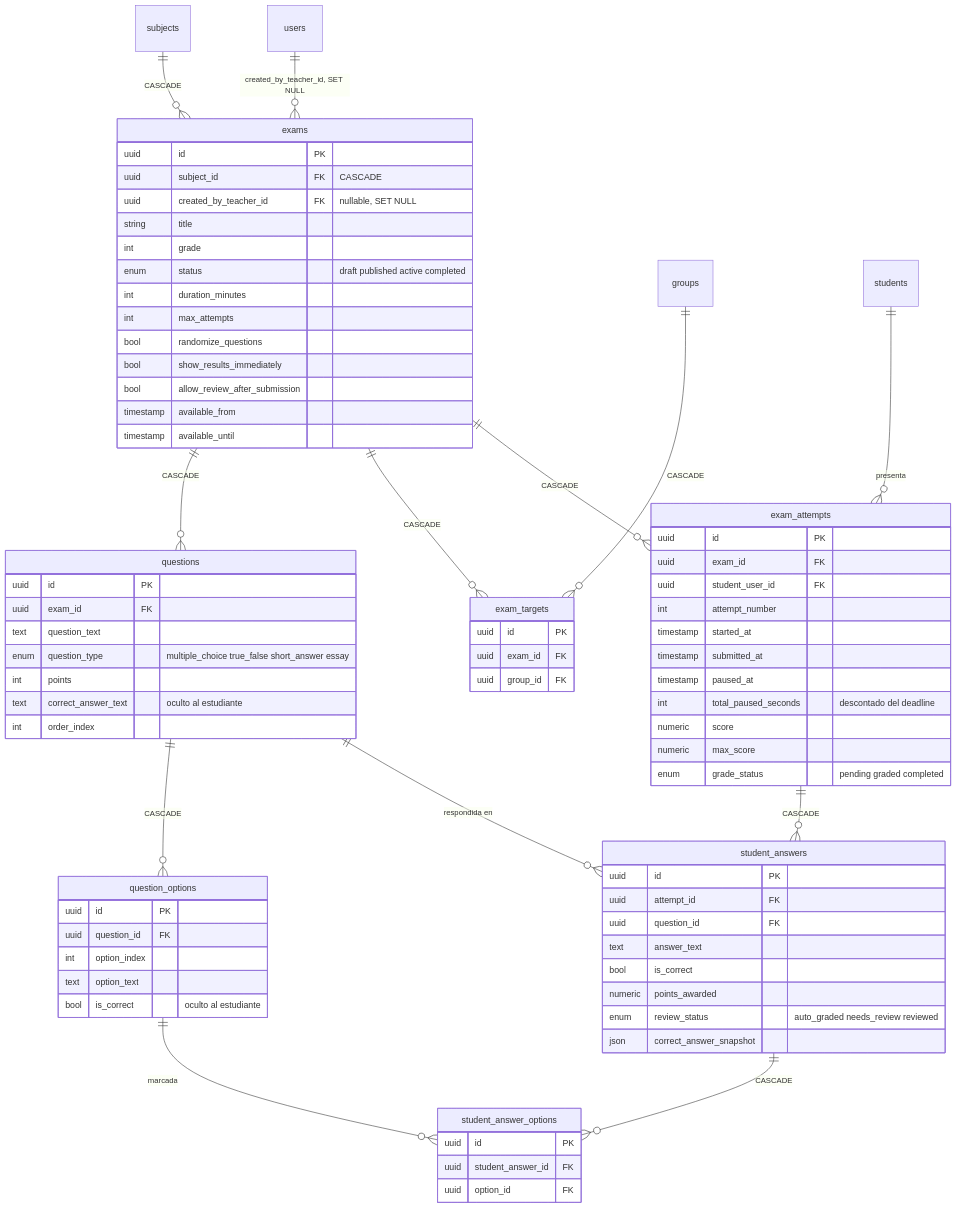
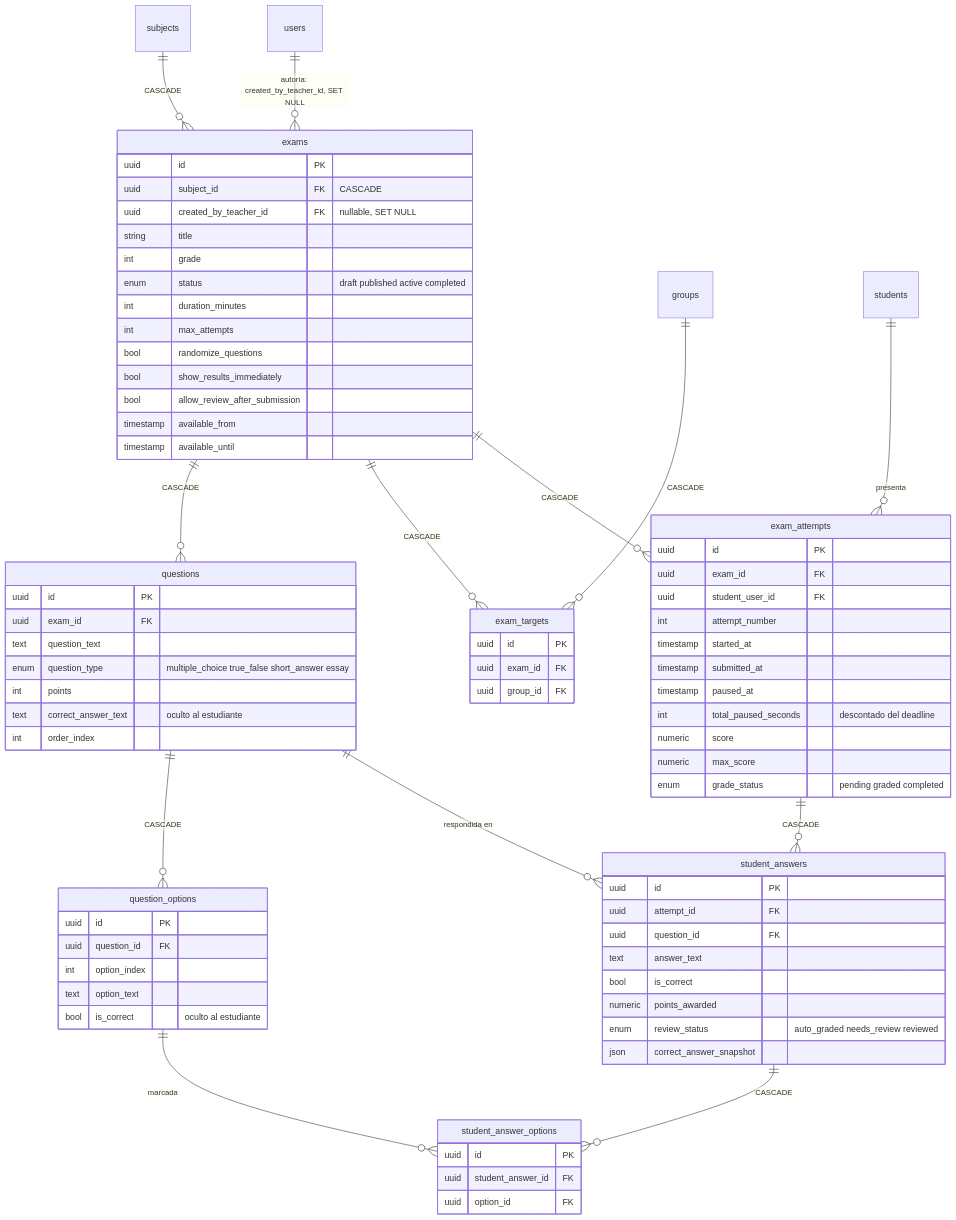
Before and after one commit to Infil505/NeoEduCore-Back: the third of 16 diagrams in docs/DIAGRAMAS.md, drawn with Mermaid. The commit also changed other lines of this file and 3 other files, not shown here.

````diff
--- a/docs/DIAGRAMAS.md
+++ b/docs/DIAGRAMAS.md
@@ -192,80 +222,80 @@
 ```mermaid
 erDiagram
     subjects ||--o{ exams : "CASCADE"
-    users ||--o{ exams : "created_by_teacher_id, SET NULL"
+    users ||--o{ exams : "autoría: created_by_teacher_id, SET NULL"
     exams ||--o{ questions : "CASCADE"
     questions ||--o{ question_options : "CASCADE"
     exams ||--o{ exam_targets : "CASCADE"
     groups ||--o{ exam_targets : "CASCADE"
     exams ||--o{ exam_attempts : "CASCADE"
     students ||--o{ exam_attempts : "presenta"
     exam_attempts ||--o{ student_answers : "CASCADE"
     questions ||--o{ student_answers : "respondida en"
     student_answers ||--o{ student_answer_options : "CASCADE"
     question_options ||--o{ student_answer_options : "marcada"
 
     exams {
         uuid id PK
         uuid subject_id FK "CASCADE"
         uuid created_by_teacher_id FK "nullable, SET NULL"
         string title
         int grade
         enum status "draft published active completed"
         int duration_minutes
         int max_attempts
         bool randomize_questions
         bool show_results_immediately
         bool allow_review_after_submission
         timestamp available_from
         timestamp available_until
     }
     questions {
         uuid id PK
         uuid exam_id FK
         text question_text
         enum question_type "multiple_choice true_false short_answer essay"
         int points
         text correct_answer_text "oculto al estudiante"
         int order_index
     }
     question_options {
         uuid id PK
         uuid question_id FK
         int option_index
         text option_text
         bool is_correct "oculto al estudiante"
     }
     exam_targets {
         uuid id PK
         uuid exam_id FK
         uuid group_id FK
     }
     exam_attempts {
         uuid id PK
         uuid exam_id FK
         uuid student_user_id FK
         int attempt_number
         timestamp started_at
         timestamp submitted_at
         timestamp paused_at
         int total_paused_seconds "descontado del deadline"
         numeric score
         numeric max_score
         enum grade_status "pending graded completed"
     }
     student_answers {
         uuid id PK
         uuid attempt_id FK
         uuid question_id FK
         text answer_text
         bool is_correct
         numeric points_awarded
         enum review_status "auto_graded needs_review reviewed"
         json correct_answer_snapshot
     }
     student_answer_options {
         uuid id PK
         uuid student_answer_id FK
         uuid option_id FK
     }
 ```
````
